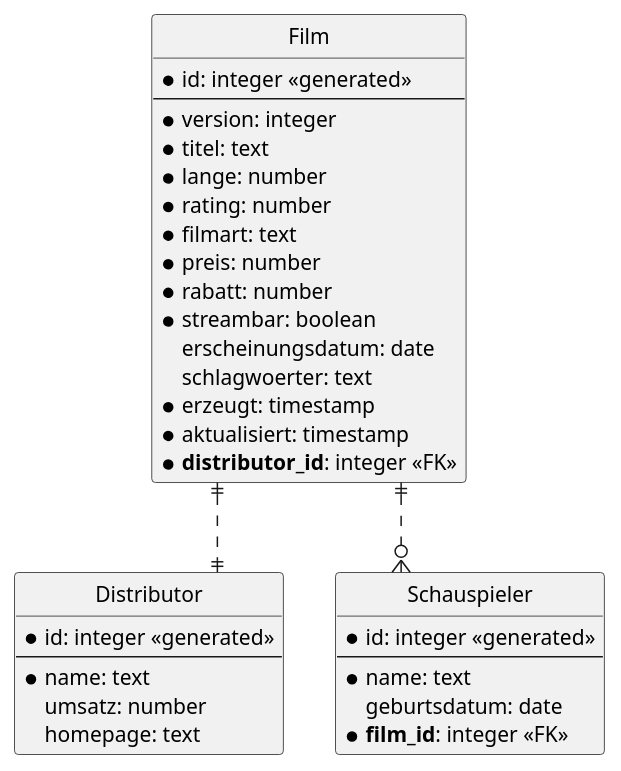
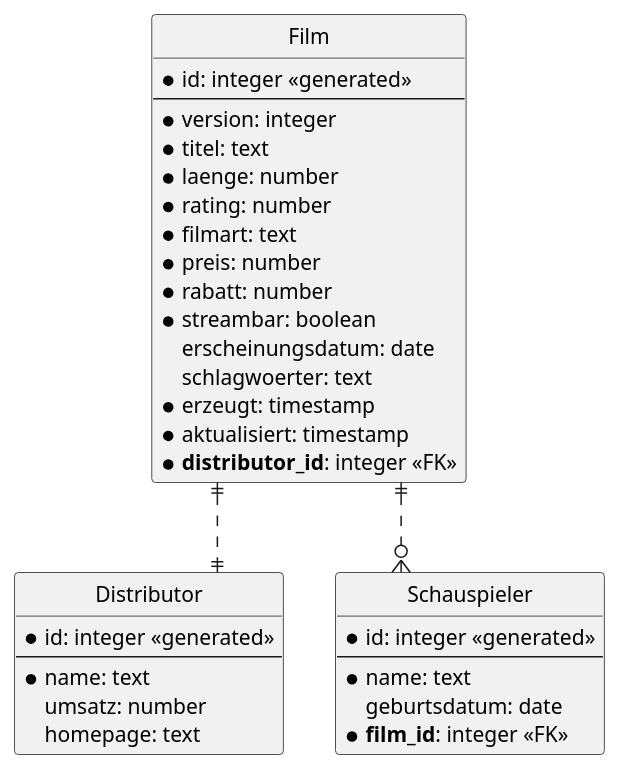
Before and after one commit to Drahtesel/film: the diagram in .extras/doc/projekthandbuch/ER-Diagramm.plantuml, drawn with PlantUML. The commit also changed 3 other files, not shown here.

Commit message:
plantUml Verbesserungen

```diff
--- a/.extras/doc/projekthandbuch/ER-Diagramm.plantuml
+++ b/.extras/doc/projekthandbuch/ER-Diagramm.plantuml
@@ -3,47 +3,47 @@
 @startuml ER Diagramm
 
 ' hide the spot
 hide circle
 
 ' evtl. Prbleme mit Kraehenfuessen vermeiden
 skinparam linetype ortho
 
 entity "Film" {
   * id: integer <<generated>>
   --
   * version: integer
   * titel: text
-  * lange: number
+  * laenge: number
   * rating: number
   * filmart: text
   * preis: number
   * rabatt: number
   * streambar: boolean
     erscheinungsdatum: date 
     schlagwoerter: text
   * erzeugt: timestamp
   * aktualisiert: timestamp
   * **distributor_id**: integer <<FK>>
 }
 
 entity "Distributor" {
   * id: integer <<generated>>
   --
   * name: text
     umsatz: number
     homepage: text
 }
 
 entity "Schauspieler" {
   * id: integer <<generated>>
   --
   * name: text
     geburtsdatum: date
   * **film_id**: integer <<FK>>
 }
 
 Film ||..|| Distributor
 Film ||..o{ Schauspieler
 
 
 @enduml
```
